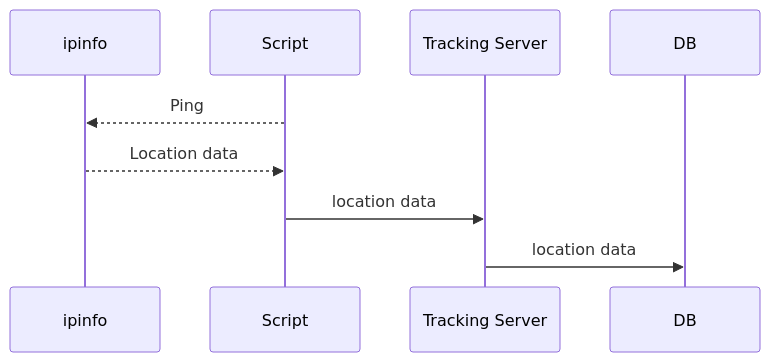
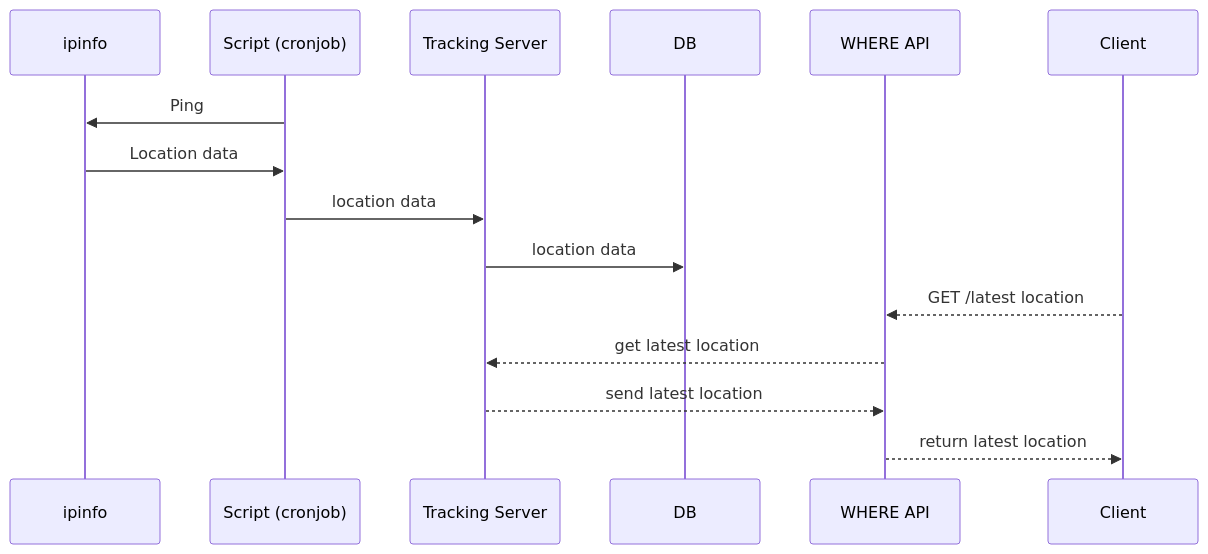
One commit to clairefro/where-ping-script changed the diagram in README.md. Above: the diagram before and after it, drawn with Mermaid. The commit also changed other lines of this file, not shown here.

````diff
--- a/README.md
+++ b/README.md
@@ -10,12 +11,21 @@
 ```mermaid
 sequenceDiagram
     participant Ipinfo as ipinfo
-    participant Script as Script
+    participant Script as Script (cronjob)
     participant TrackingServer as Tracking Server
     participant DB as DB
+    participant WhereAPI as WHERE API
+    participant Client
 
-    Script -->> Ipinfo: Ping
-    Ipinfo -->> Script: Location data
+
+    Script ->> Ipinfo: Ping
+    Ipinfo ->> Script: Location data
     Script ->> TrackingServer: location data
     TrackingServer ->> DB: location data
+    
+    Client -->> WhereAPI: GET /latest location
+    WhereAPI -->> TrackingServer: get latest location
+    TrackingServer -->> WhereAPI: send latest location
+    WhereAPI -->> Client: return latest location
+
 ```
````
